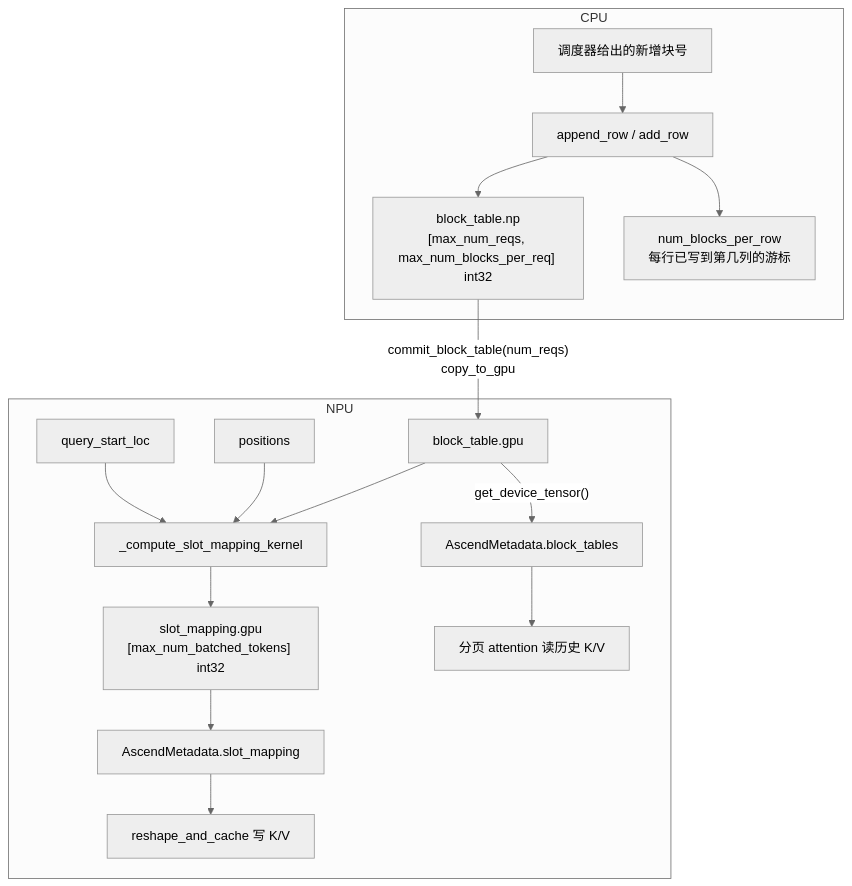
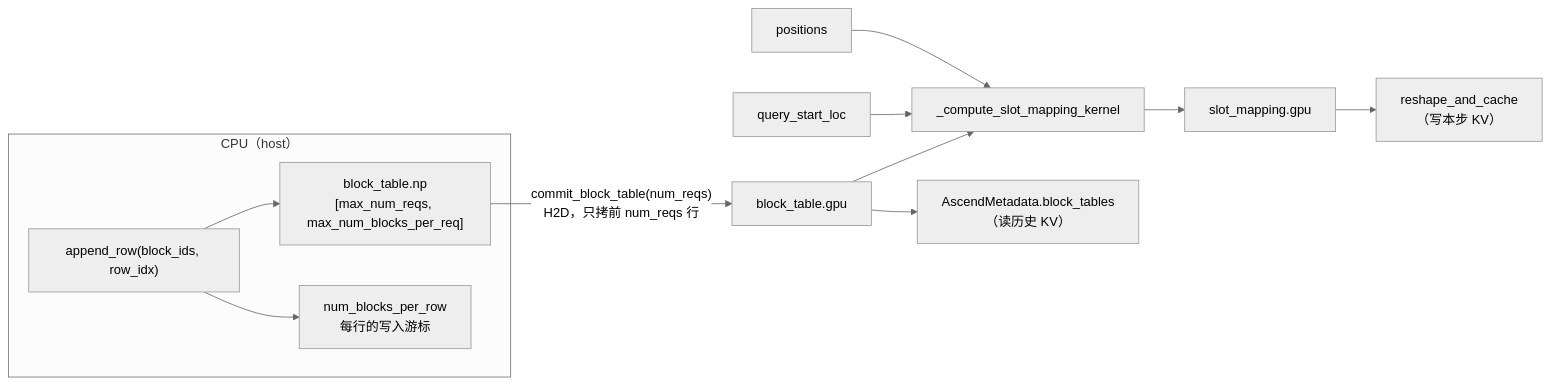
One commit to BailanCaptain/infer-lab changed the first of 3 diagrams in wiki/concepts/block-table.md. Above: the diagram before and after it, drawn with Mermaid (neutral theme). The commit also changed other lines of this file and 30 other files, not shown here.

First line of the commit message:
feat(F001): 11 页按图重写完成——答案从读一页变成读四页并按关系组织

````diff
--- a/wiki/concepts/block-table.md
+++ b/wiki/concepts/block-table.md
@@ -57,19 +64,14 @@
 ```mermaid
-flowchart TD
-    subgraph CPU
-        A["调度器给出的新增块号"] --> B["append_row / add_row"]
-        B --> C["block_table.np<br/>[max_num_reqs, max_num_blocks_per_req] int32"]
-        B --> D["num_blocks_per_row<br/>每行已写到第几列的游标"]
-    end
-    C -->|"commit_block_table(num_reqs)<br/>copy_to_gpu"| E["block_table.gpu"]
-    subgraph NPU
-        E --> F["_compute_slot_mapping_kernel"]
-        G["positions"] --> F
-        H["query_start_loc"] --> F
-        F --> I["slot_mapping.gpu<br/>[max_num_batched_tokens] int32"]
-        E -->|"get_device_tensor()"| J["AscendMetadata.block_tables"]
-        I --> K["AscendMetadata.slot_mapping"]
-        K --> L["reshape_and_cache 写 K/V"]
-        J --> M["分页 attention 读历史 K/V"]
-    end
+flowchart LR
+  subgraph host["CPU（host）"]
+    AR["append_row(block_ids, row_idx)"] --> NP["block_table.np<br/>[max_num_reqs, max_num_blocks_per_req]"]
+    AR --> NBR["num_blocks_per_row<br/>每行的写入游标"]
+  end
+  NP -- "commit_block_table(num_reqs)<br/>H2D，只拷前 num_reqs 行" --> GPU["block_table.gpu"]
+  POS["positions"] --> K["_compute_slot_mapping_kernel"]
+  QSL["query_start_loc"] --> K
+  GPU --> K
+  K --> SM["slot_mapping.gpu"]
+  GPU --> META["AscendMetadata.block_tables<br/>（读历史 KV）"]
+  SM --> RC["reshape_and_cache<br/>（写本步 KV）"]
 ```
````
